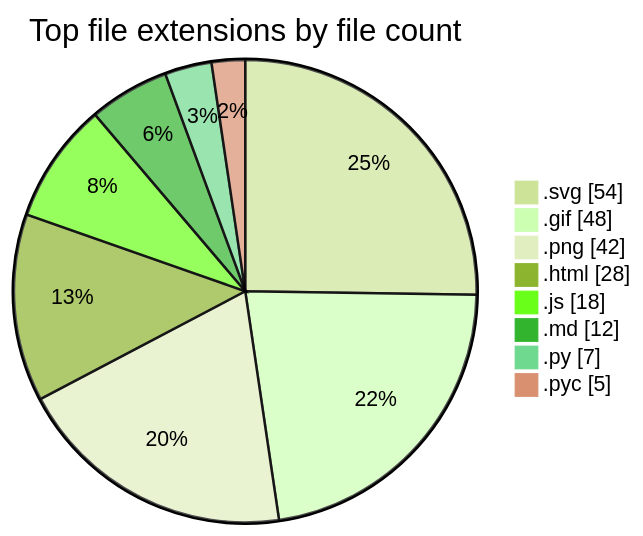
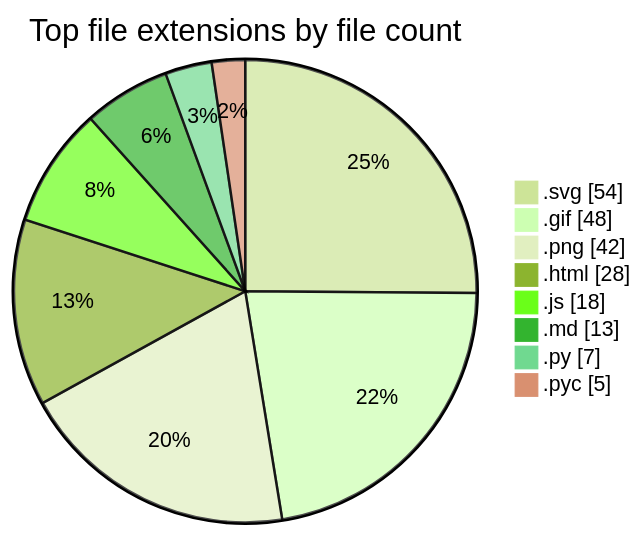
The second of 2 diagrams in README.md (tchinso/tchinso), drawn with Mermaid (forest theme) before and after one commit. The commit also changed other lines of this file, not shown here.

````diff
--- a/README.md
+++ b/README.md
@@ -46,12 +46,12 @@
 ```mermaid
 pie showData
     title Top file extensions by file count
     ".svg" : 54
     ".gif" : 48
     ".png" : 42
     ".html" : 28
     ".js" : 18
-    ".md" : 12
+    ".md" : 13
     ".py" : 7
     ".pyc" : 5
 ```
````
